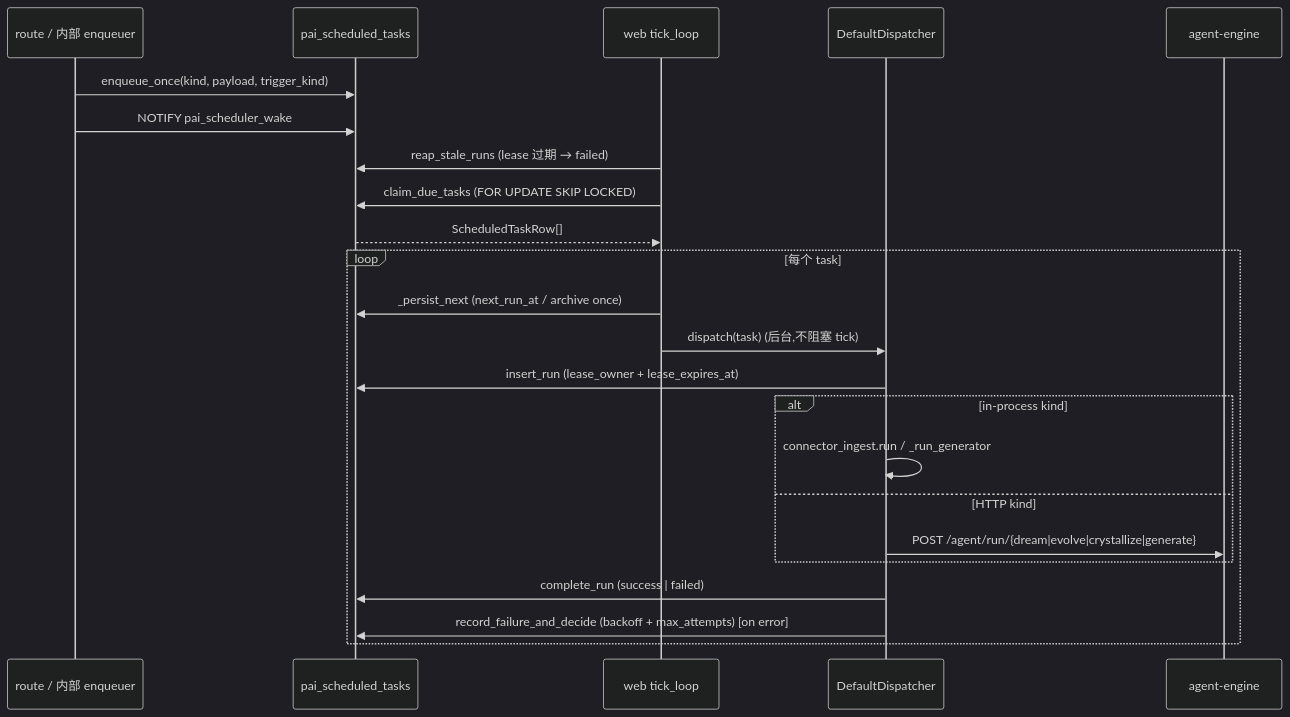
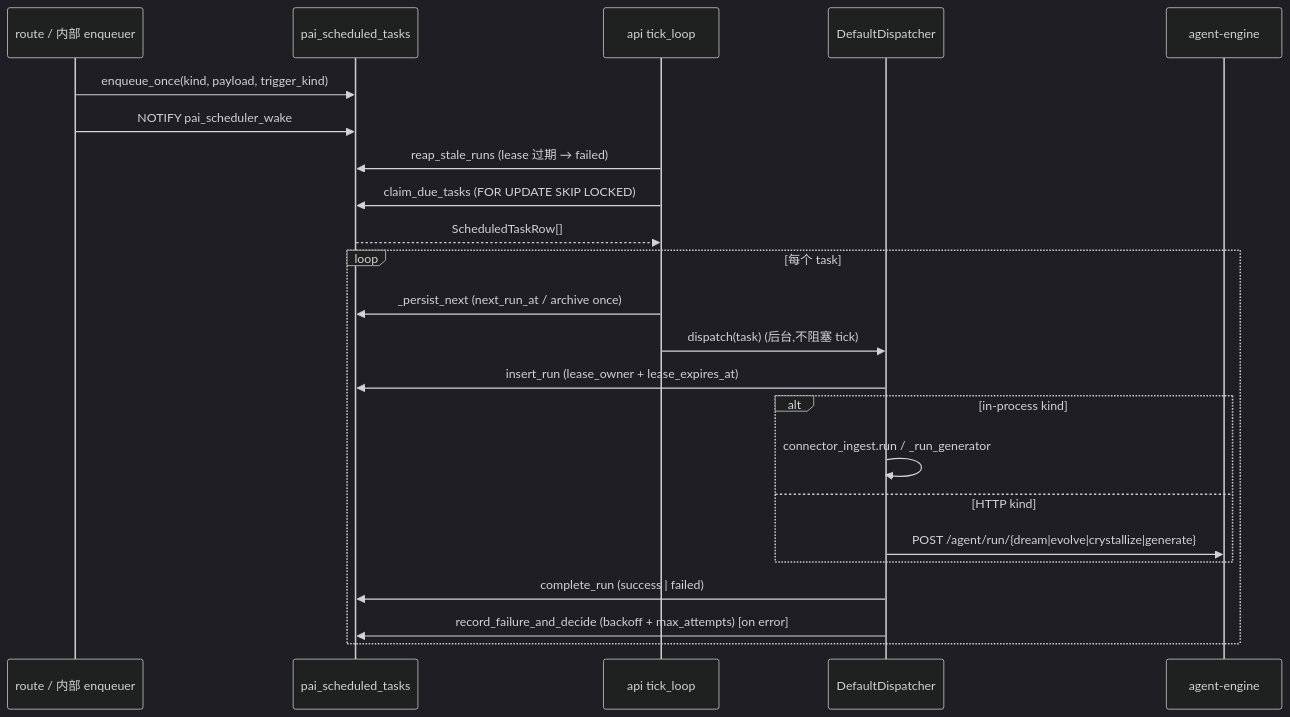
One commit to Edge-AI-HQ/proactive-assistant changed the second of 2 diagrams in docs/modules/background-tasks.mdx. Above: the diagram before and after it, drawn with Mermaid (dark theme). The commit also changed other lines of this file and 69 other files, not shown here.

````diff
--- a/docs/modules/background-tasks.mdx
+++ b/docs/modules/background-tasks.mdx
@@ -61,26 +61,26 @@
 ```mermaid
 sequenceDiagram
   participant Caller as route / 内部 enqueuer
   participant DB as pai_scheduled_tasks
-  participant Tick as web tick_loop
+  participant Tick as api tick_loop
   participant Disp as DefaultDispatcher
   participant Chat as agent-engine
 
   Caller->>DB: enqueue_once(kind, payload, trigger_kind)
   Caller->>DB: NOTIFY pai_scheduler_wake
   Tick->>DB: reap_stale_runs (lease 过期 → failed)
   Tick->>DB: claim_due_tasks (FOR UPDATE SKIP LOCKED)
   DB-->>Tick: ScheduledTaskRow[]
   loop 每个 task
     Tick->>DB: _persist_next (next_run_at / archive once)
     Tick->>Disp: dispatch(task) (后台,不阻塞 tick)
     Disp->>DB: insert_run (lease_owner + lease_expires_at)
     alt in-process kind
       Disp->>Disp: connector_ingest.run / _run_generator
     else HTTP kind
       Disp->>Chat: POST /agent/run/{dream|evolve|crystallize|generate}
     end
     Disp->>DB: complete_run (success | failed)
     Disp->>DB: record_failure_and_decide (backoff + max_attempts) [on error]
   end
 ```
````
